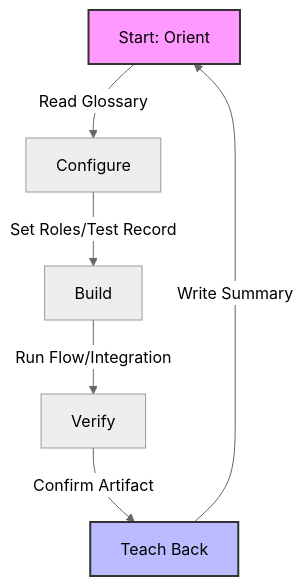
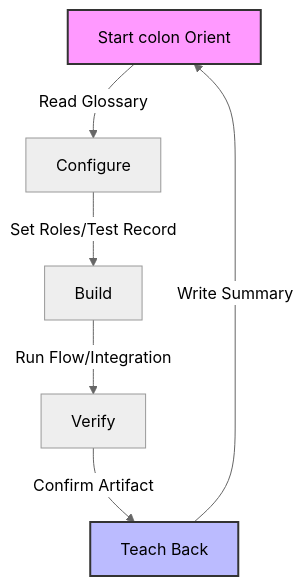
The diagram in index.md (eltonaguiar/ServiceNow_Learning_TSOM-_CSM_FSM_SalesCRM_HAM_ITSM), drawn with Mermaid (neutral theme) before and after one commit. The commit also changed 19 other files, not shown here.

Commit message:
Fix all Mermaid diagram special characters - replace dollar, parens, slashes, quotes, pipes, nested brackets and other unsafe chars inside brackets with safe alternatives across 19 files

````diff
--- a/index.md
+++ b/index.md
@@ -169,10 +169,10 @@
 ```mermaid
 graph TD
-    A[Start: Orient] -->|Read Glossary| B[Configure]
+    A[Start colon  Orient] -->|Read Glossary| B[Configure]
     B -->|Set Roles/Test Record| C[Build]
     C -->|Run Flow/Integration| D[Verify]
     D -->|Confirm Artifact| E[Teach Back]
     E -->|Write Summary| A
     style A fill:#f9f,stroke:#333,stroke-width:2px
     style E fill:#bbf,stroke:#333,stroke-width:2px
 ```
````
